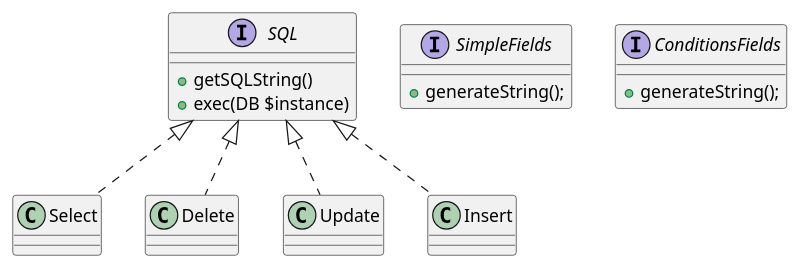
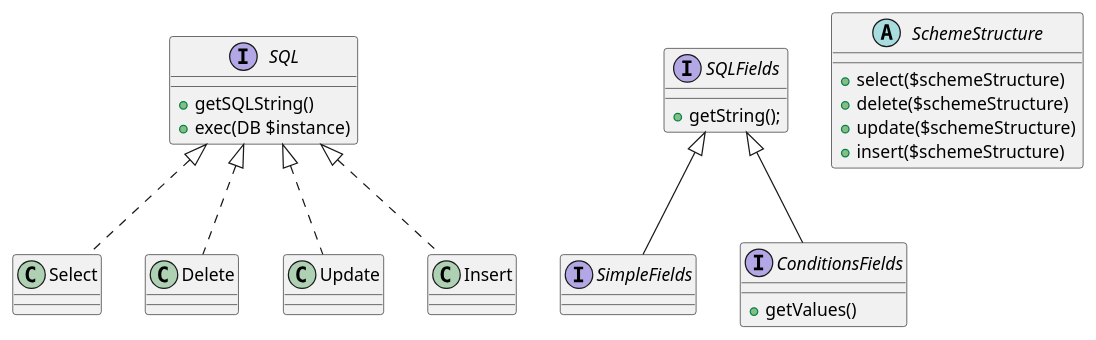
The diagram in core/ZXC/Modules/SQL/UML/SQL.puml (Gimanh/ZXC_PHP), drawn with PlantUML before and after one commit.

Commit message:
First uml

```diff
--- a/core/ZXC/Modules/SQL/UML/SQL.puml
+++ b/core/ZXC/Modules/SQL/UML/SQL.puml
@@ -1,23 +1,41 @@
 @startuml
 interface SQL{
     + getSQLString()
     + exec(DB $instance)
 }
 
 class Select implements SQL
 
 class Delete implements SQL
 
 class Update implements SQL
 
 class Insert implements SQL
 
-interface SimpleFields{
-    +generateString();
+interface SQLFields{
+    +getString();
 }
 
-interface ConditionsFields{
-    +generateString();
+interface SimpleFields extends SQLFields{
+
 }
 
+interface ConditionsFields extends SQLFields{
+    +getValues()
+}
+
+abstract SchemeStructure{
+    +select($schemeStructure)
+    +delete($schemeStructure)
+    +update($schemeStructure)
+    +insert($schemeStructure)
+}
+
+/'interface StructureData{
+    +create()
+    +read()
+    +update()
+    +delete()
+}'/
+
 @enduml
```
